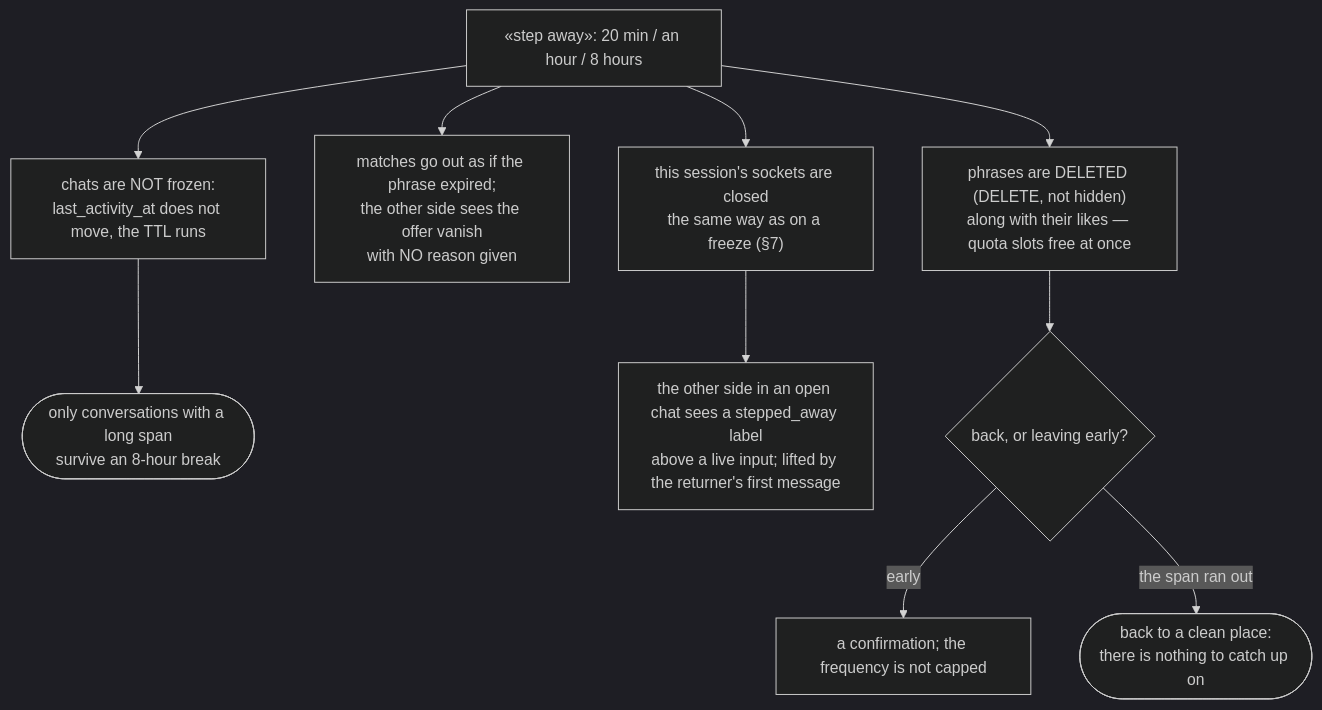
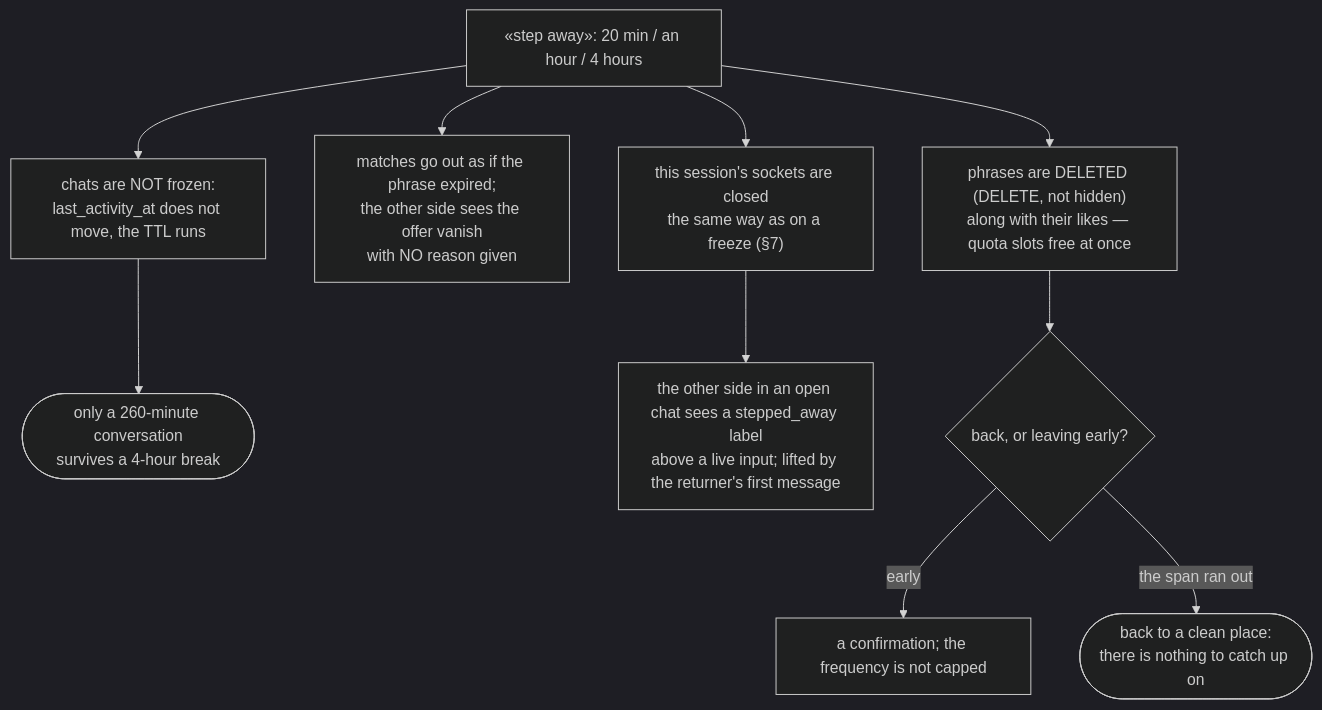
Diagram 30 of 30 in docs/chat-flows_EN.md (panov-id/xor.ad), drawn with Mermaid (dark theme) before and after one commit. The commit also changed other lines of this file and 11 other files, not shown here.

First line of the commit message:
Make the third step-away four hours, the longest span a conversation can outlive, and say what is written waits only while the conversation lives

````diff
--- a/docs/chat-flows_EN.md
+++ b/docs/chat-flows_EN.md
@@ -988,12 +988,12 @@
 ```mermaid
 flowchart TD
-  away["«step away»: 20 min / an hour / 8 hours"] --> del["phrases are DELETED #40;DELETE, not hidden#41;<br/>along with their likes — quota slots free at once"]
+  away["«step away»: 20 min / an hour / 4 hours"] --> del["phrases are DELETED #40;DELETE, not hidden#41;<br/>along with their likes — quota slots free at once"]
   away --> match["matches go out as if the phrase expired;<br/>the other side sees the offer vanish<br/>with NO reason given"]
   away --> sock["this session's sockets are closed<br/>the same way as on a freeze #40;§7#41;"]
   away --> chats["chats are NOT frozen:<br/>last_activity_at does not move, the TTL runs"]
-  chats --> price(["only conversations with a long span<br/>survive an 8-hour break"])
+  chats --> price(["only a 260-minute conversation<br/>survives a 4-hour break"])
   sock --> peer["the other side in an open chat sees a stepped_away label<br/>above a live input; lifted by the returner's first message"]
   del --> back{"back, or leaving early?"}
   back -- "early" --> confirm["a confirmation; the frequency is not capped"]
   back -- "the span ran out" --> clean(["back to a clean place:<br/>there is nothing to catch up on"])
 ```
````
